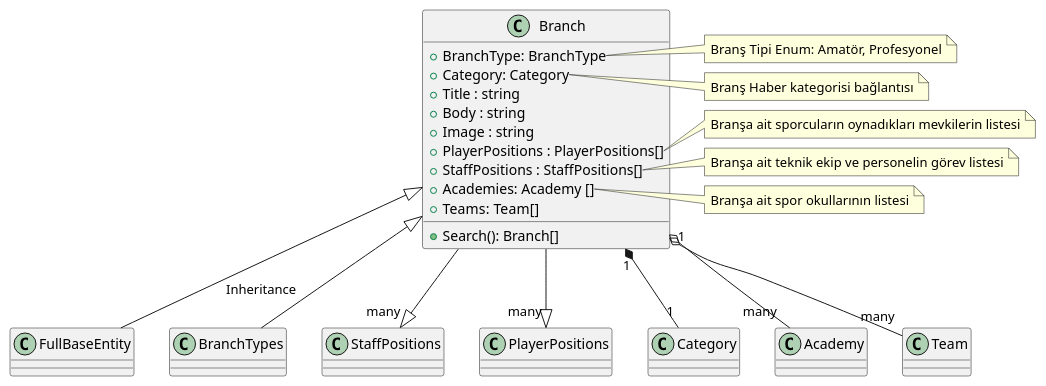
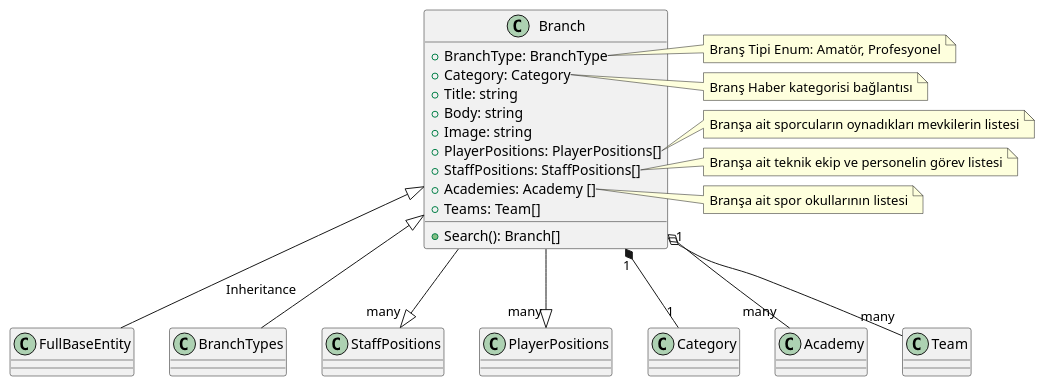
One commit to evrendev/sport-club changed the diagram in uml/Branch/Branch.puml. Above: the diagram before and after it, drawn with PlantUML. The commit also changed 17 other files, not shown here.

```diff
--- a/uml/Branch/Branch.puml
+++ b/uml/Branch/Branch.puml
@@ -1,45 +1,45 @@
 @startuml Branch Class Diagram
 
 class Branch  {
     + BranchType: BranchType
     + Category: Category
-    + Title : string
-    + Body : string
-    + Image : string
-    + PlayerPositions : PlayerPositions[]
-    + StaffPositions : StaffPositions[]
+    + Title: string
+    + Body: string
+    + Image: string
+    + PlayerPositions: PlayerPositions[]
+    + StaffPositions: StaffPositions[]
     + Academies: Academy []
     + Teams: Team[]
 
     + Search(): Branch[]
 }
 
 Branch <|-- FullBaseEntity: Inheritance
 Branch <|-- BranchTypes
 Branch --|> "many" StaffPositions
 Branch --|> "many" PlayerPositions
 Branch "1" *-- "1" Category
 Branch o-- "many" Academy
 Branch "1" o-- "many" Team
 
 note right of Branch::BranchType
 Branş Tipi Enum: Amatör, Profesyonel
 end note
 
 note right of Branch::Category
 Branş Haber kategorisi bağlantısı
 end note
 
 note right of Branch::PlayerPositions
 Branşa ait sporcuların oynadıkları mevkilerin listesi
 end note
 
 note right of Branch::StaffPositions
 Branşa ait teknik ekip ve personelin görev listesi
 end note
 
 note right of Branch::Academies
 Branşa ait spor okullarının listesi
 end note
  
 @enduml
```
